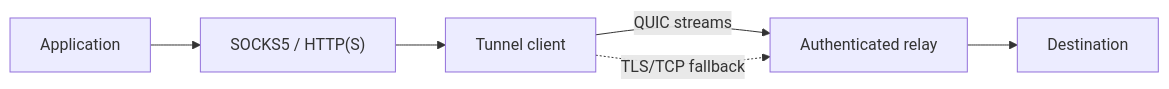
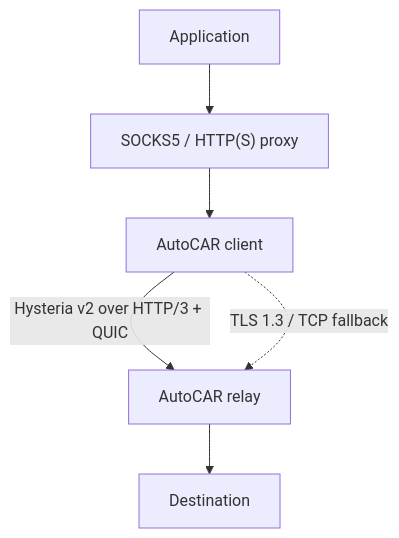
The diagram in docs/ARCHITECTURE.md (cppla/autocar), drawn with Mermaid before and after one commit. The commit also changed other lines of this file and 605 other files, not shown here.

````diff
--- a/docs/ARCHITECTURE.md
+++ b/docs/ARCHITECTURE.md
@@ -8,8 +8,8 @@
 ```mermaid
-flowchart LR
-    A["Application"] --> P["SOCKS5 / HTTP(S)"]
-    P --> C["Tunnel client"]
-    C -->|"QUIC streams"| R["Authenticated relay"]
-    C -. "TLS/TCP fallback" .-> R
+flowchart TB
+    A["Application"] --> P["SOCKS5 / HTTP(S) proxy"]
+    P --> C["AutoCAR client"]
+    C -->|"Hysteria v2 over HTTP/3 + QUIC"| R["AutoCAR relay"]
+    C -. "TLS 1.3 / TCP fallback" .-> R
     R --> D["Destination"]
 ```
````
